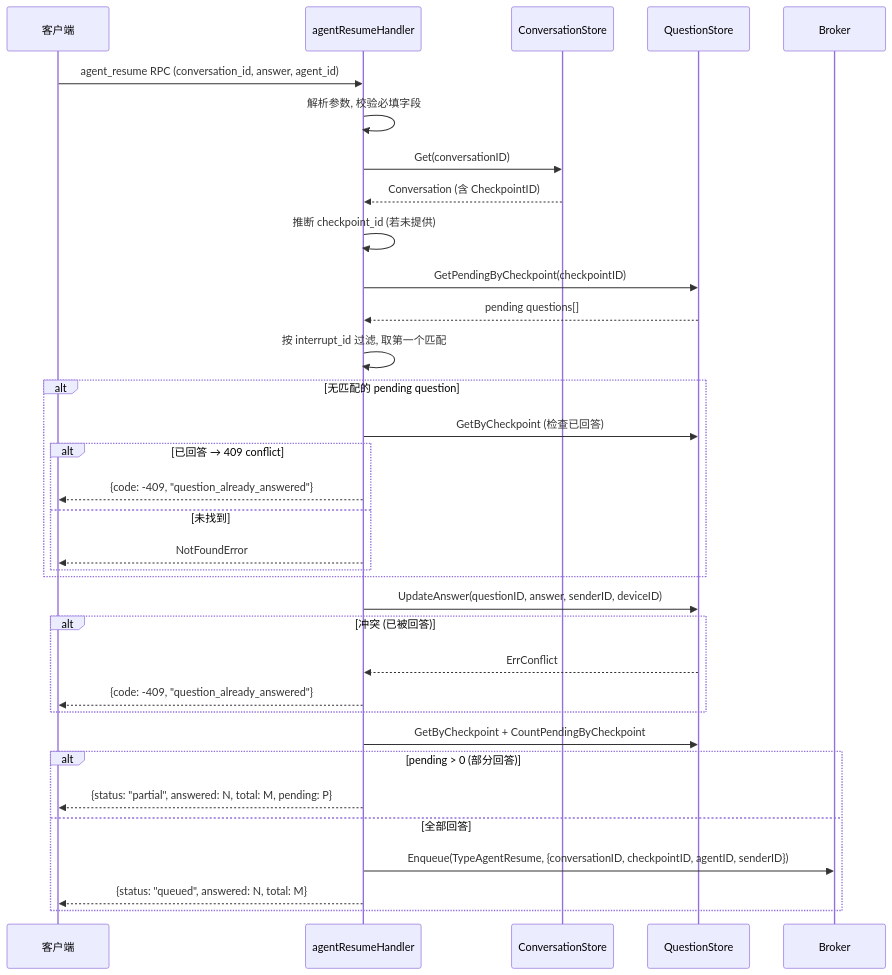
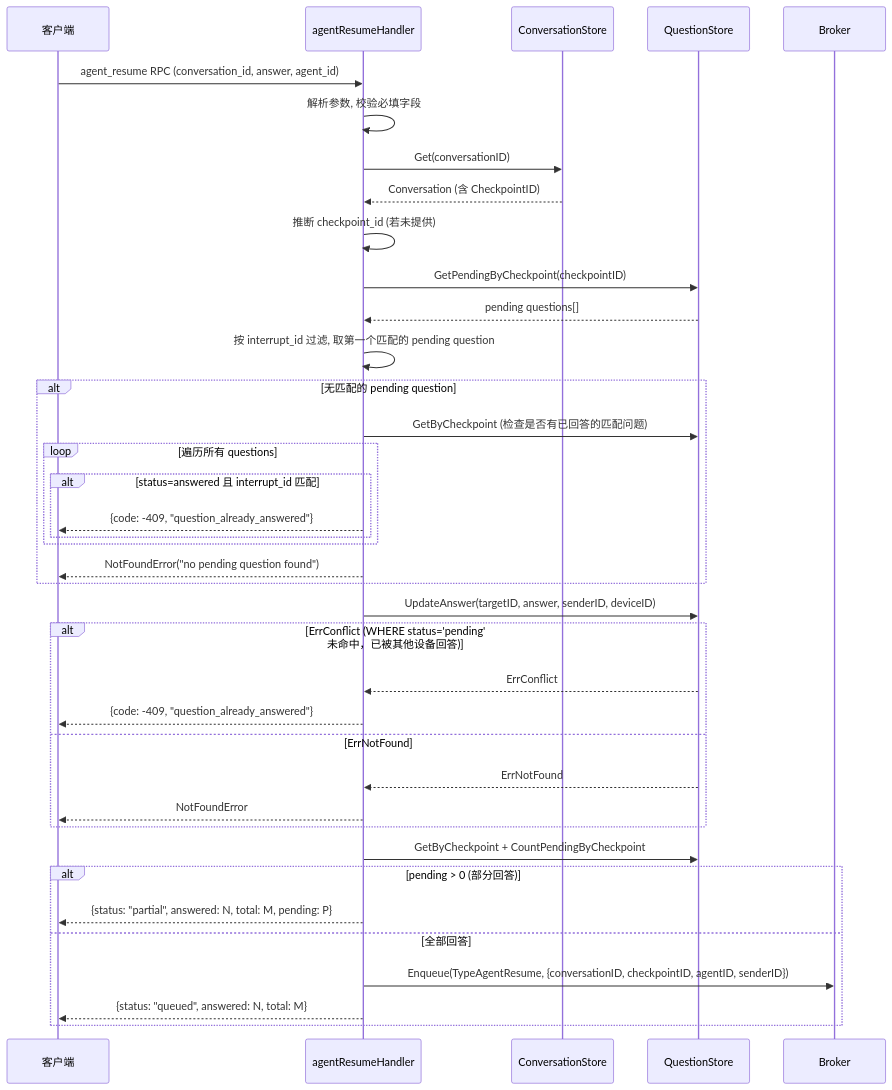
One commit to PineappleBond/xyncra-server changed the third of 11 diagrams in wiki/flows/agent-execution.md. Above: the diagram before and after it, drawn with Mermaid. The commit also changed other lines of this file and 21 other files, not shown here.

First line of the commit message:
docs(wiki): fix accuracy and completeness issues across all flow documents

````diff
--- a/wiki/flows/agent-execution.md
+++ b/wiki/flows/agent-execution.md
@@ -244,43 +258,47 @@
 ```mermaid
 sequenceDiagram
     participant C as 客户端
     participant H as agentResumeHandler
     participant CS as ConversationStore
     participant QS as QuestionStore
     participant MQ as Broker
 
     C->>H: agent_resume RPC (conversation_id, answer, agent_id)
     H->>H: 解析参数, 校验必填字段
 
     H->>CS: Get(conversationID)
     CS-->>H: Conversation (含 CheckpointID)
     H->>H: 推断 checkpoint_id (若未提供)
 
     H->>QS: GetPendingByCheckpoint(checkpointID)
     QS-->>H: pending questions[]
-    H->>H: 按 interrupt_id 过滤, 取第一个匹配
+    H->>H: 按 interrupt_id 过滤, 取第一个匹配的 pending question
 
     alt 无匹配的 pending question
-        H->>QS: GetByCheckpoint (检查已回答)
-        alt 已回答 → 409 conflict
-            H-->>C: {code: -409, "question_already_answered"}
-        else 未找到
-            H-->>C: NotFoundError
+        H->>QS: GetByCheckpoint (检查是否有已回答的匹配问题)
+        loop 遍历所有 questions
+            alt status=answered 且 interrupt_id 匹配
+                H-->>C: {code: -409, "question_already_answered"}
+            end
         end
+        H-->>C: NotFoundError("no pending question found")
     end
 
-    H->>QS: UpdateAnswer(questionID, answer, senderID, deviceID)
-    alt 冲突 (已被回答)
+    H->>QS: UpdateAnswer(targetID, answer, senderID, deviceID)
+    alt ErrConflict (WHERE status='pending' 未命中，已被其他设备回答)
         QS-->>H: ErrConflict
         H-->>C: {code: -409, "question_already_answered"}
+    else ErrNotFound
+        QS-->>H: ErrNotFound
+        H-->>C: NotFoundError
     end
 
     H->>QS: GetByCheckpoint + CountPendingByCheckpoint
 
     alt pending > 0 (部分回答)
         H-->>C: {status: "partial", answered: N, total: M, pending: P}
     else 全部回答
         H->>MQ: Enqueue(TypeAgentResume, {conversationID, checkpointID, agentID, senderID})
         H-->>C: {status: "queued", answered: N, total: M}
     end
 ```
````
